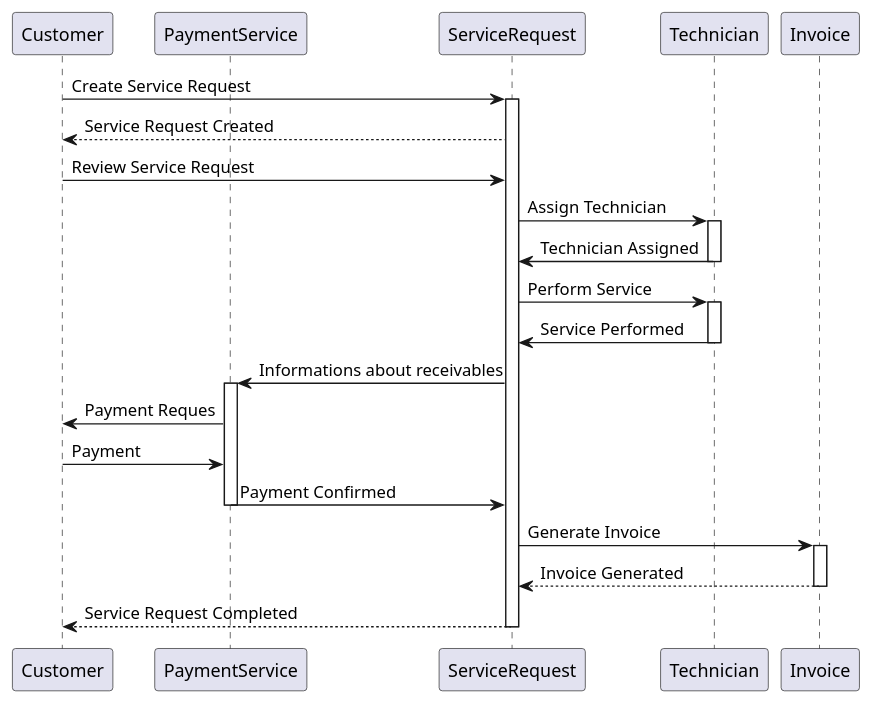
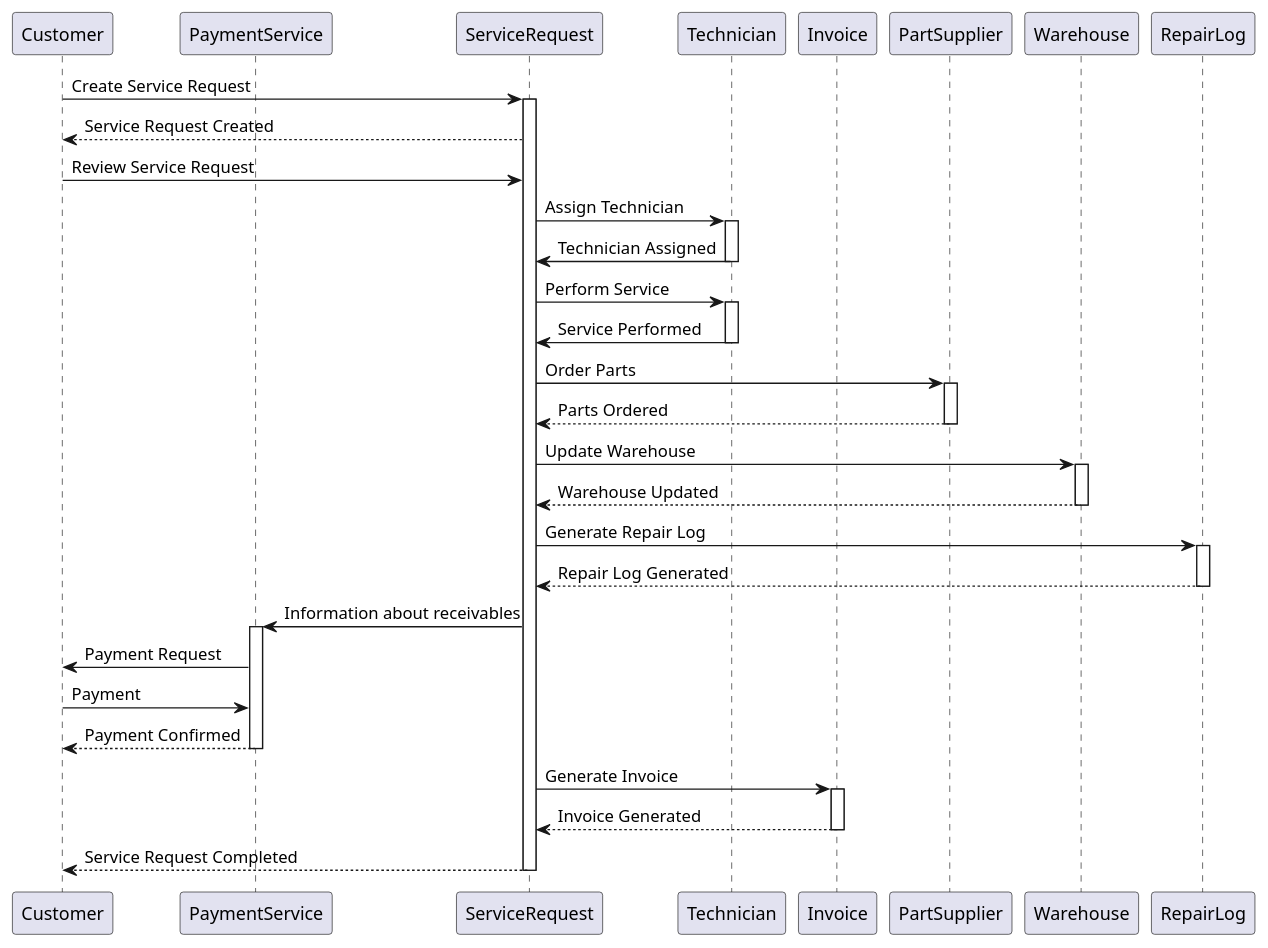
The diagram in umlDiagrams/computer_service_sequence_diagram.plantuml (Fluorky/Computer-Service-Django-Api), drawn with PlantUML before and after one commit. The commit also changed 4 other files, not shown here.

Commit message:
Update PoC plantuml diagrams

```diff
--- a/umlDiagrams/computer_service_sequence_diagram.plantuml
+++ b/umlDiagrams/computer_service_sequence_diagram.plantuml
@@ -1,48 +1,66 @@
 @startuml
 
 participant "Customer" as Customer
 participant "PaymentService" as PaymentService
 participant "ServiceRequest" as ServiceRequest
 participant "Technician" as Technician
 participant "Invoice" as Invoice
-
+participant "PartSupplier" as PartSupplier
+participant "Warehouse" as Warehouse
+participant "RepairLog" as RepairLog
 
 Customer -> ServiceRequest: Create Service Request
 activate ServiceRequest
 
 ServiceRequest --> Customer: Service Request Created
 
 Customer -> ServiceRequest: Review Service Request
-
 
 ServiceRequest -> Technician: Assign Technician
 activate Technician
 
 Technician -> ServiceRequest: Technician Assigned
 deactivate Technician
 
 ServiceRequest -> Technician: Perform Service
 activate Technician
 
 Technician -> ServiceRequest: Service Performed
 deactivate Technician
 
-ServiceRequest -> PaymentService : Informations about receivables
+ServiceRequest -> PartSupplier: Order Parts
+activate PartSupplier
+
+PartSupplier --> ServiceRequest: Parts Ordered
+deactivate PartSupplier
+
+ServiceRequest -> Warehouse: Update Warehouse
+activate Warehouse
+
+Warehouse --> ServiceRequest: Warehouse Updated
+deactivate Warehouse
+
+ServiceRequest -> RepairLog: Generate Repair Log
+activate RepairLog
+
+RepairLog --> ServiceRequest: Repair Log Generated
+deactivate RepairLog
+
+ServiceRequest -> PaymentService: Information about receivables
 activate PaymentService
-PaymentService -> Customer: Payment Reques
 
+PaymentService -> Customer: Payment Request
+Customer -> PaymentService: Payment
+PaymentService --> Customer: Payment Confirmed
+deactivate PaymentService
 
-Customer -> PaymentService: Payment
-
-ServiceRequest <- PaymentService  : Payment Confirmed
-deactivate PaymentService
 ServiceRequest -> Invoice: Generate Invoice
 activate Invoice
 
 Invoice --> ServiceRequest: Invoice Generated
 deactivate Invoice
 
 ServiceRequest --> Customer: Service Request Completed
 deactivate ServiceRequest
 
 @enduml
```
